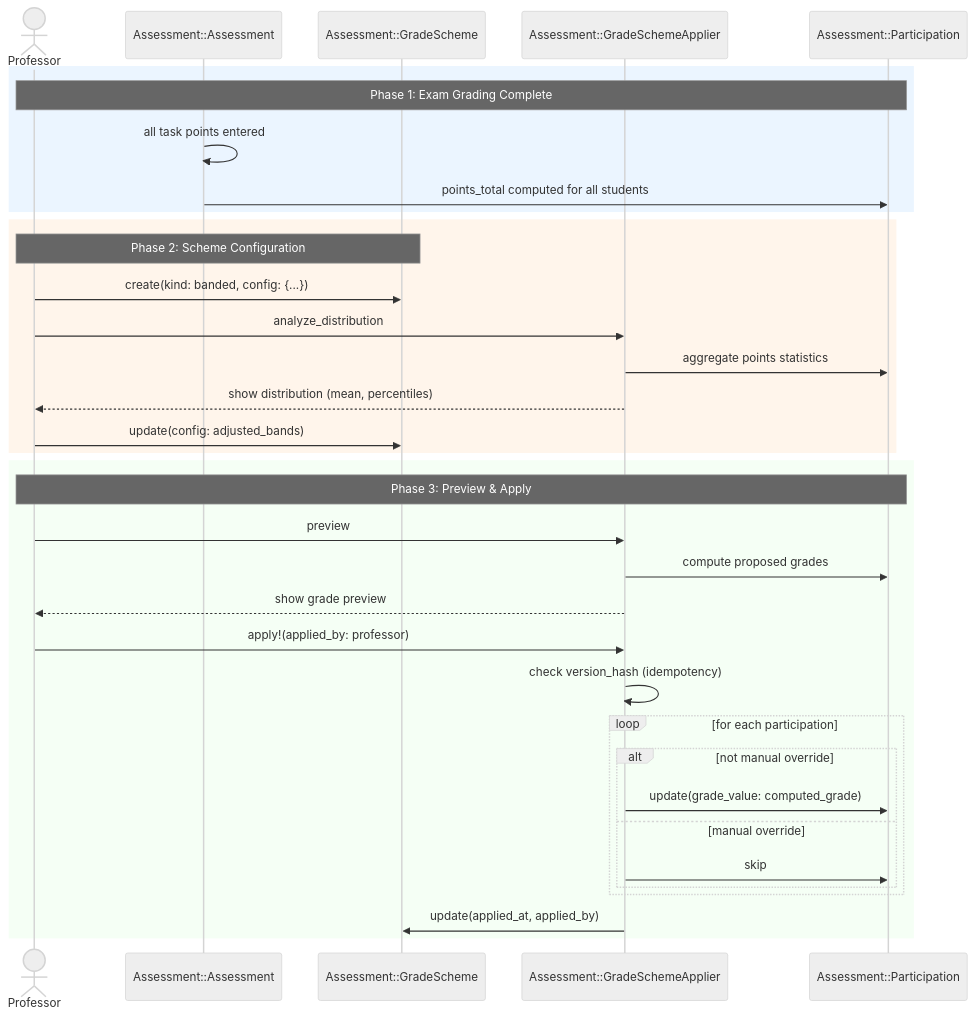
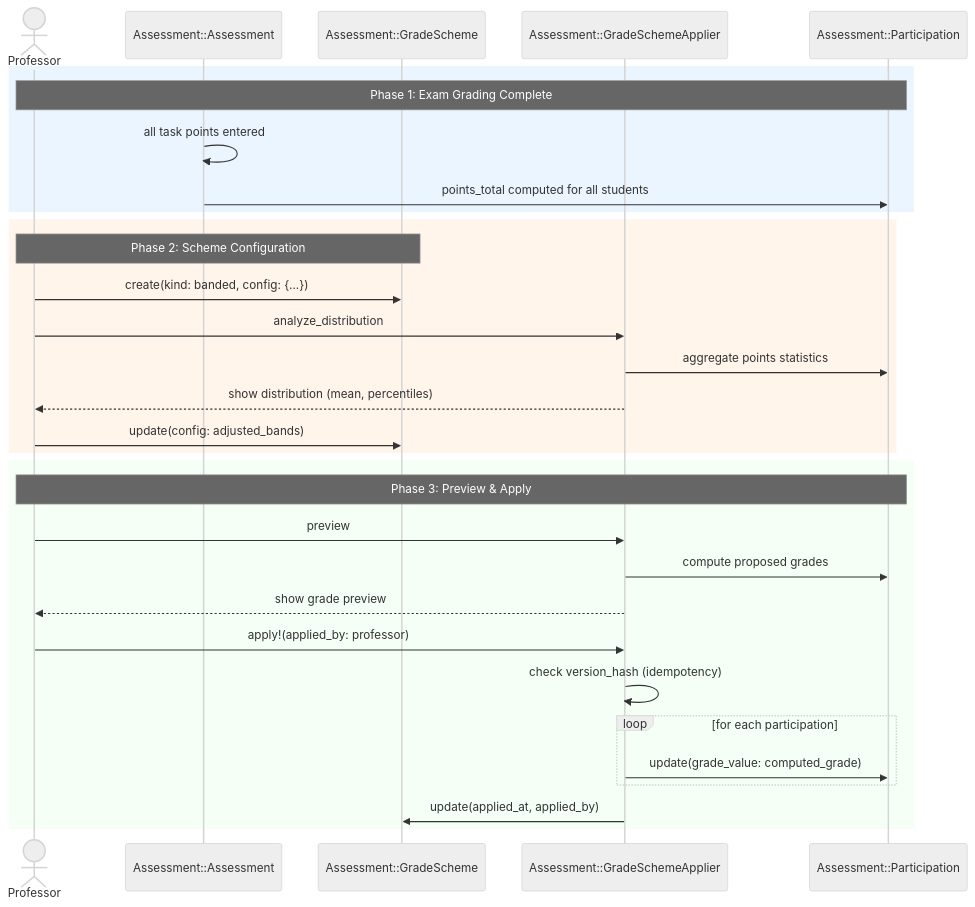
Before and after one commit to MaMpf-HD/mampf: the fifth of 5 diagrams in architecture/src/features/05b-grading-schemes.md, drawn with Mermaid (neutral theme). The commit also changed other lines of this file, not shown here.

Commit message:
Make manual grade override a future enhancement in grading scheme

````diff
--- a/architecture/src/features/05b-grading-schemes.md
+++ b/architecture/src/features/05b-grading-schemes.md
@@ -776,40 +779,36 @@
 ```mermaid
 sequenceDiagram
     actor Professor
     participant Assessment as Assessment::Assessment
     participant Scheme as Assessment::GradeScheme
     participant Applier as Assessment::GradeSchemeApplier
     participant Participation as Assessment::Participation
 
     rect rgb(235, 245, 255)
     note over Professor,Participation: Phase 1: Exam Grading Complete
     Assessment->>Assessment: all task points entered
     Assessment->>Participation: points_total computed for all students
     end
 
     rect rgb(255, 245, 235)
     note over Professor,Scheme: Phase 2: Scheme Configuration
     Professor->>Scheme: create(kind: banded, config: {...})
     Professor->>Applier: analyze_distribution
     Applier->>Participation: aggregate points statistics
     Applier-->>Professor: show distribution (mean, percentiles)
     Professor->>Scheme: update(config: adjusted_bands)
     end
 
     rect rgb(245, 255, 245)
     note over Professor,Participation: Phase 3: Preview & Apply
     Professor->>Applier: preview
     Applier->>Participation: compute proposed grades
     Applier-->>Professor: show grade preview
     Professor->>Applier: apply!(applied_by: professor)
     Applier->>Applier: check version_hash (idempotency)
     loop for each participation
-        alt not manual override
-            Applier->>Participation: update(grade_value: computed_grade)
-        else manual override
-            Applier->>Participation: skip
-        end
+        Applier->>Participation: update(grade_value: computed_grade)
     end
     Applier->>Scheme: update(applied_at, applied_by)
     end
 ```
````
